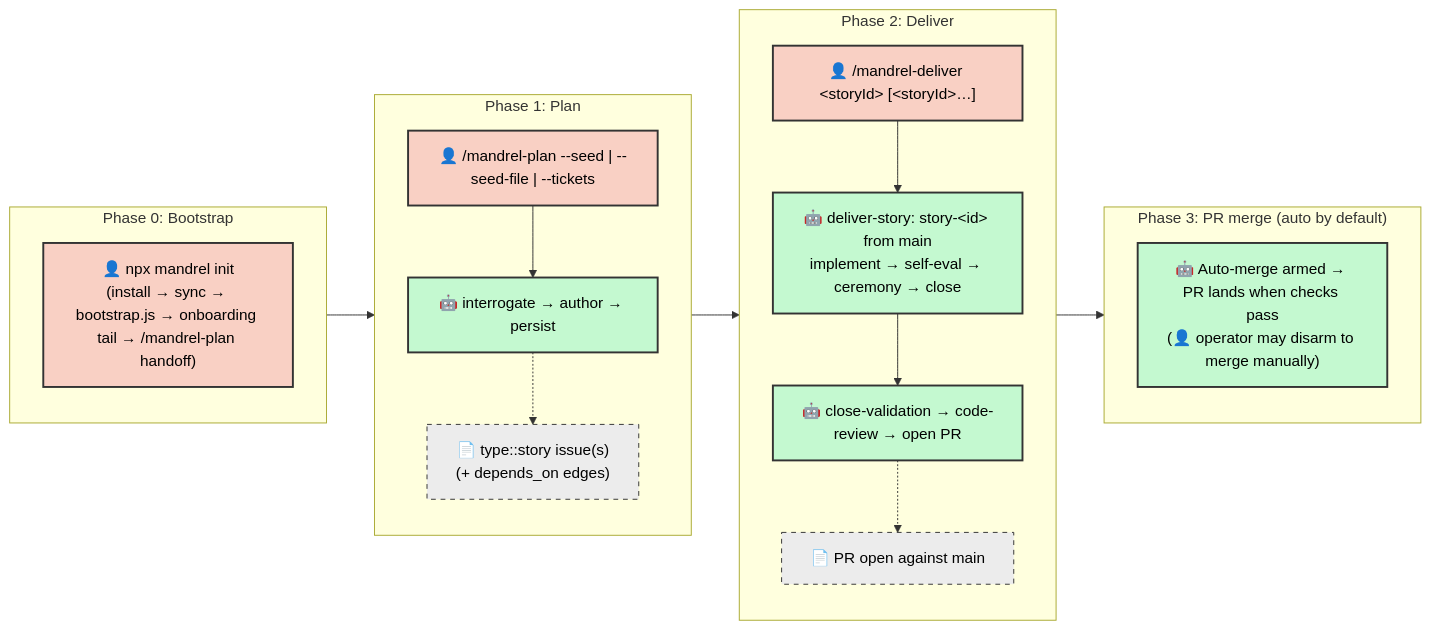
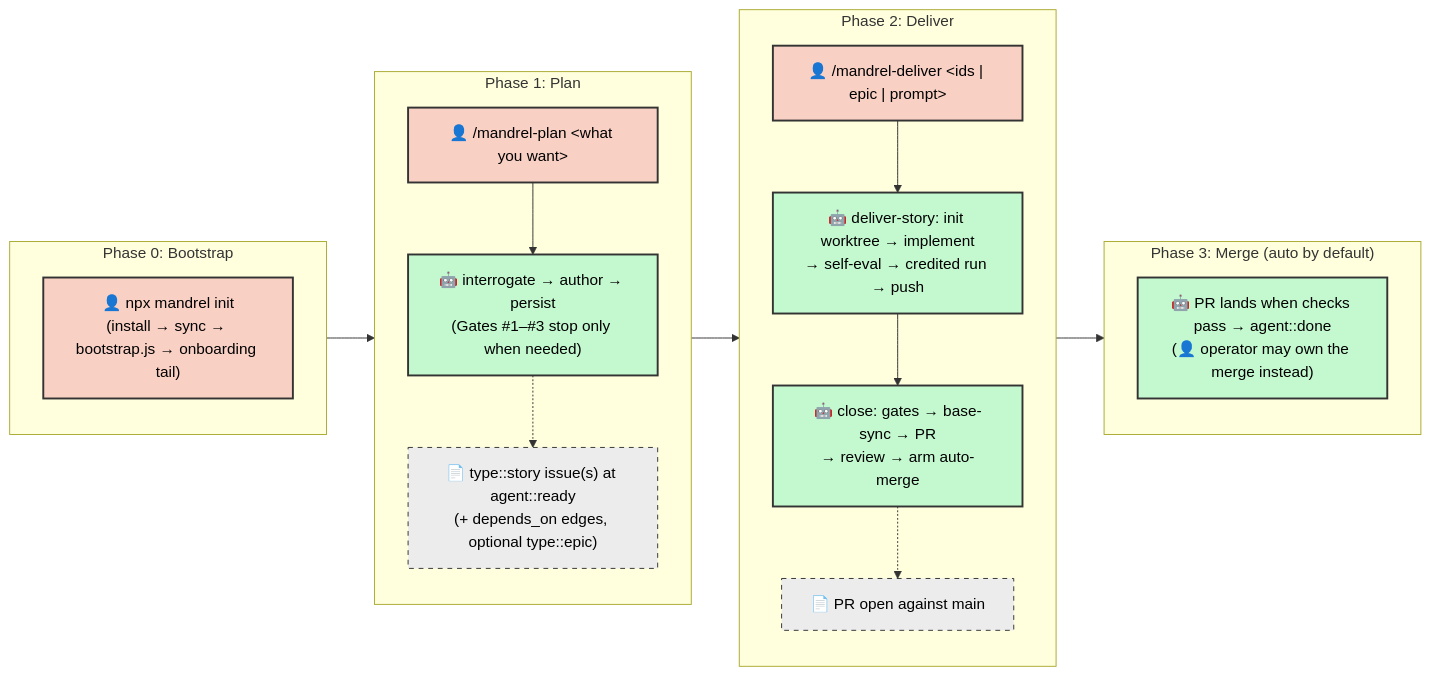
One commit to dsj1984/mandrel changed the diagram in docs/SDLC.md. Above: the diagram before and after it, drawn with Mermaid. The commit also changed other lines of this file, not shown here.

First line of the commit message:
docs(sdlc): correct SDLC.md against the shipped plan and deliver workflows (#5510)

````diff
--- a/docs/SDLC.md
+++ b/docs/SDLC.md
@@ -129,37 +111,37 @@
 ```mermaid
 graph LR
     classDef manual fill:#f9d0c4,stroke:#333,stroke-width:2px,color:#000;
     classDef agentic fill:#c4f9d0,stroke:#333,stroke-width:2px,color:#000;
     classDef artifact fill:#ececec,stroke:#333,stroke-width:1px,stroke-dasharray: 5 5,color:#000;
 
     subgraph Phase0 ["Phase 0: Bootstrap"]
         direction TB
-        Z["👤 npx mandrel init<br/>(install → sync → bootstrap.js → onboarding tail → /mandrel-plan handoff)"]:::manual
+        Z["👤 npx mandrel init<br/>(install → sync → bootstrap.js → onboarding tail)"]:::manual
     end
 
     subgraph Phase1 ["Phase 1: Plan"]
         direction TB
-        A["👤 /mandrel-plan --seed | --seed-file | --tickets"]:::manual
-        B["🤖 interrogate → author → persist"]:::agentic
+        A["👤 /mandrel-plan &lt;what you want&gt;"]:::manual
+        B["🤖 interrogate → author → persist<br/>(Gates #1–#3 stop only when needed)"]:::agentic
         A --> B
-        B -.-> B_Art["📄 type::story issue(s)<br/>(+ depends_on edges)"]:::artifact
+        B -.-> B_Art["📄 type::story issue(s) at agent::ready<br/>(+ depends_on edges, optional type::epic)"]:::artifact
     end
 
     subgraph Phase2 ["Phase 2: Deliver"]
         direction TB
-        E["👤 /mandrel-deliver &lt;storyId&gt; [&lt;storyId&gt;…]"]:::manual
-        F["🤖 deliver-story: story-&lt;id&gt; from main<br/>implement → self-eval → ceremony → close"]:::agentic
-        G["🤖 close-validation → code-review → open PR"]:::agentic
+        E["👤 /mandrel-deliver &lt;ids | epic | prompt&gt;"]:::manual
+        F["🤖 deliver-story: init worktree → implement<br/>→ self-eval → credited run → push"]:::agentic
+        G["🤖 close: gates → base-sync → PR<br/>→ review → arm auto-merge"]:::agentic
         E --> F --> G
         G -.-> G_Art["📄 PR open against main"]:::artifact
     end
 
-    subgraph Phase3 ["Phase 3: PR merge (auto by default)"]
+    subgraph Phase3 ["Phase 3: Merge (auto by default)"]
         direction TB
-        H["🤖 Auto-merge armed → PR lands when checks pass<br/>(👤 operator may disarm to merge manually)"]:::agentic
+        H["🤖 PR lands when checks pass → agent::done<br/>(👤 operator may own the merge instead)"]:::agentic
     end
 
     Z --> A
     B --> E
     G --> H
 ```
````
